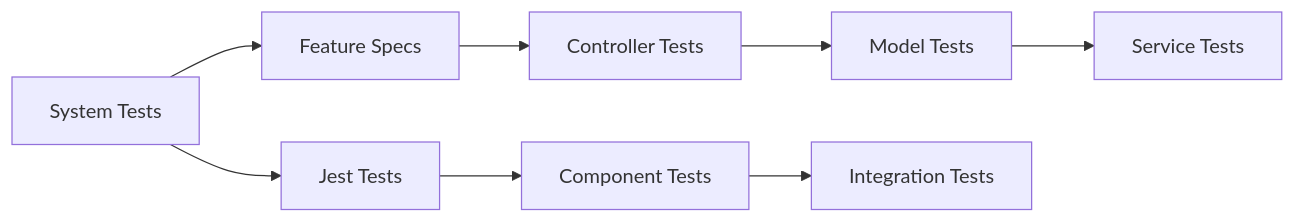
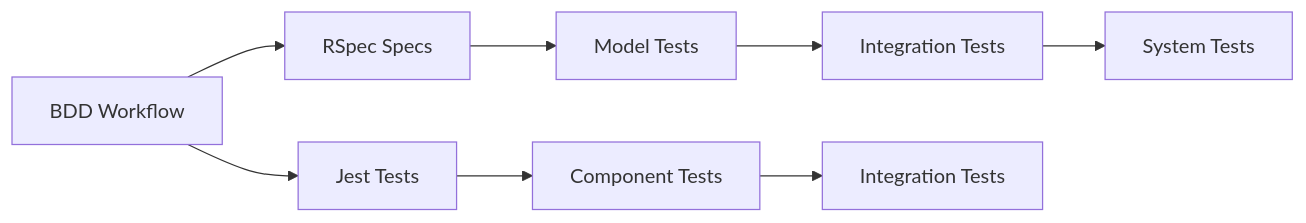
The second of 2 diagrams in README.md (abradner/transformer), drawn with Mermaid before and after one commit. The commit also changed other lines of this file and 20 other files, not shown here.

````diff
--- a/README.md
+++ b/README.md
@@ -93,12 +93,12 @@
 ```mermaid
 graph LR
-    A[Feature Specs] --> B[Controller Tests]
-    B --> C[Model Tests]
-    C --> D[Service Tests]
+    A[RSpec Specs] --> B[Model Tests]
+    B --> C[Integration Tests]
+    C --> D[System Tests]
     
     E[Jest Tests] --> F[Component Tests]
     F --> G[Integration Tests]
     
-    H[System Tests] --> A
+    H[BDD Workflow] --> A
     H --> E
 ```
````
